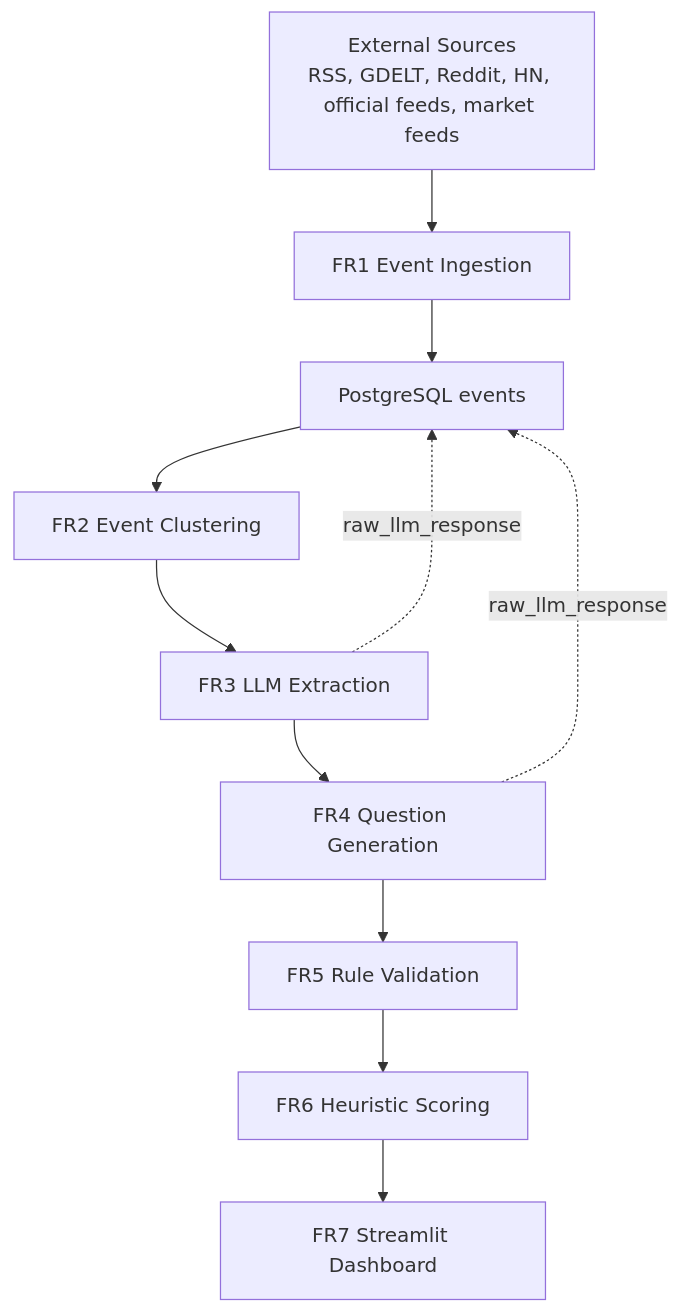
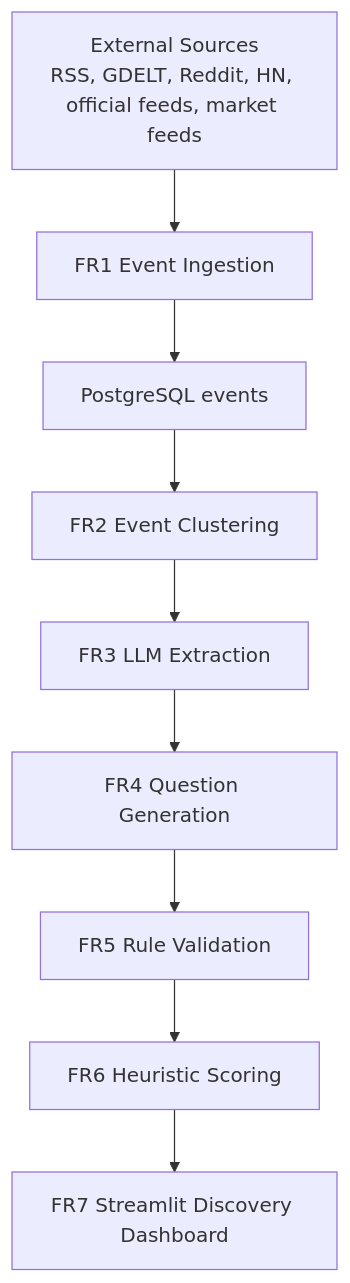
The diagram in README.md (ZixuLiAdrian/prediction-market-capstone), drawn with Mermaid before and after one commit. The commit also changed other lines of this file, not shown here.

Commit message:
Add Trader Intelligence README for consumer-facing discovery version

````diff
--- a/README.md
+++ b/README.md
@@ -13,13 +27,11 @@
 ```mermaid
 flowchart TD
     A["External Sources<br/>RSS, GDELT, Reddit, HN, official feeds, market feeds"] --> B["FR1 Event Ingestion"]
     B --> C["PostgreSQL events"]
     C --> D["FR2 Event Clustering"]
     D --> E["FR3 LLM Extraction"]
     E --> F["FR4 Question Generation"]
     F --> G["FR5 Rule Validation"]
     G --> H["FR6 Heuristic Scoring"]
-    H --> I["FR7 Streamlit Dashboard"]
-    E -. raw_llm_response .-> C
-    F -. raw_llm_response .-> C
+    H --> I["FR7 Streamlit Discovery Dashboard"]
 ```
````
